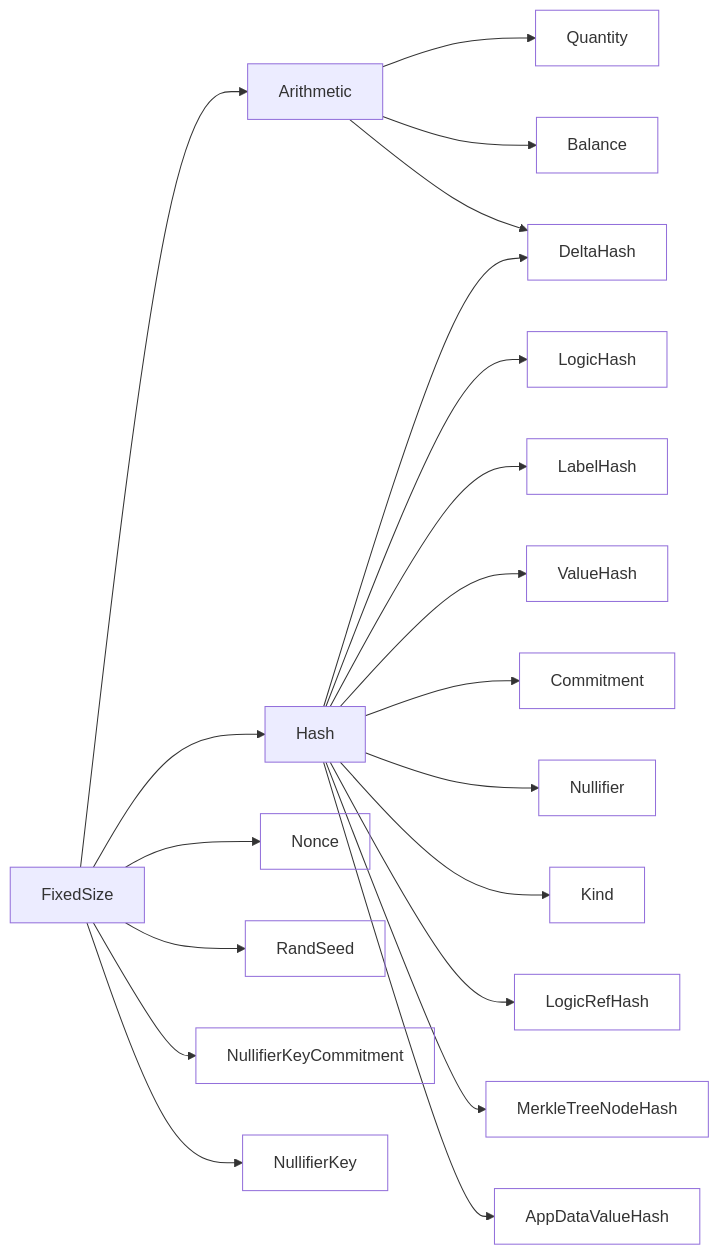
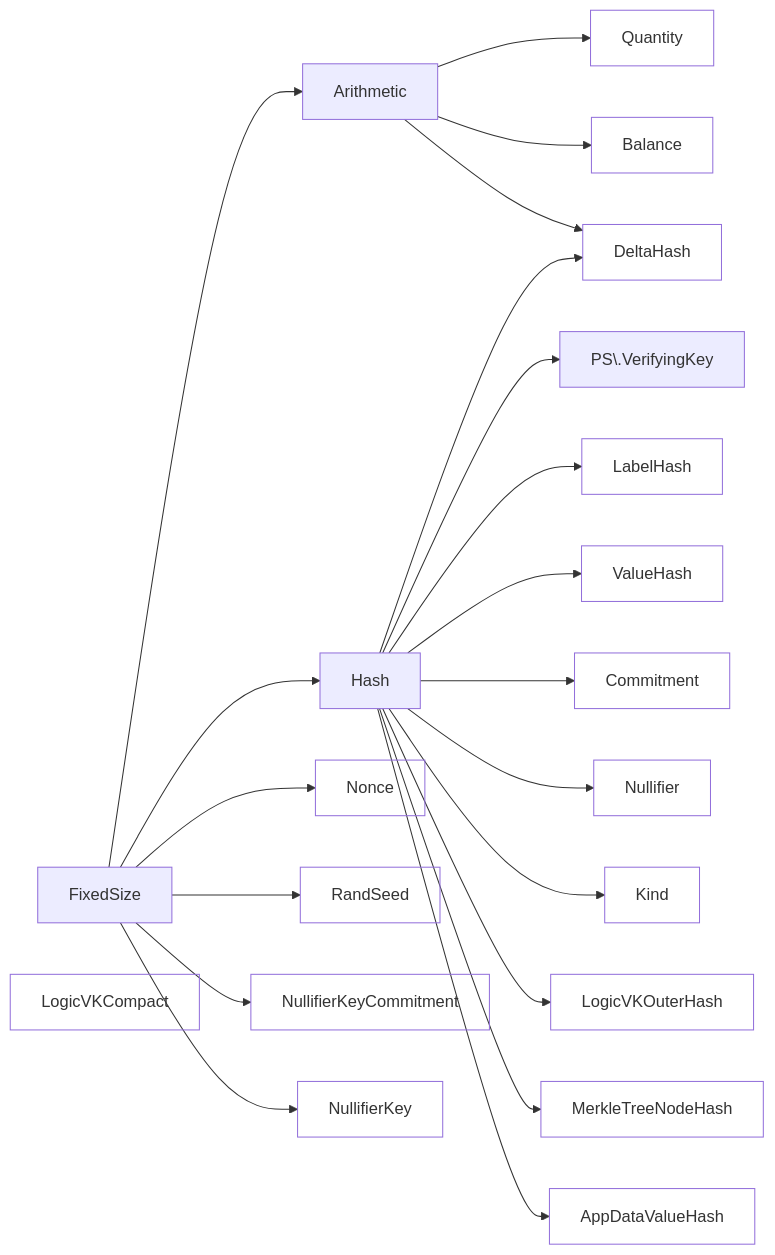
Before and after one commit to anoma/nspec: the second of 2 diagrams in docs/arch/system/state/resource_machine/primitive_interfaces/index.juvix.md, drawn with Mermaid. The commit also changed other lines of this file and 14 other files, not shown here.

````diff
--- a/docs/arch/system/state/resource_machine/primitive_interfaces/index.juvix.md
+++ b/docs/arch/system/state/resource_machine/primitive_interfaces/index.juvix.md
@@ -53,53 +52,53 @@
 ```mermaid
 flowchart LR
 
     FixedSize --> Arithmetic
     FixedSize --> Hash
 
 
     FixedSize --> Nonce
     FixedSize --> RandSeed
     FixedSize --> NullifierKeyCommitment
     FixedSize --> NullifierKey
 
     style Nonce fill:transparent
     style RandSeed fill:transparent
     style NullifierKey fill:transparent
     style NullifierKeyCommitment fill:transparent
 
 
     Arithmetic --> Quantity
     Arithmetic --> Balance
 
     Arithmetic --> DeltaHash
 
     style Quantity fill:transparent
     style Balance fill:transparent
     style DeltaHash fill:transparent
 
 
-    Hash --> LogicHash
+    Hash --> PS\.VerifyingKey
     Hash --> LabelHash
     Hash --> ValueHash
     Hash --> DeltaHash
 
     Hash --> Commitment
     Hash --> Nullifier
     Hash --> Kind
-    Hash --> LogicRefHash
+    Hash --> LogicVKOuterHash
     Hash --> MerkleTreeNodeHash
 
-    style LogicHash fill:transparent
+    style LogicVKCompact fill:transparent
     style LabelHash fill:transparent
     style ValueHash fill:transparent
     style DeltaHash fill:transparent
     style Commitment fill:transparent
     style Nullifier fill:transparent
     style Kind fill:transparent
-    style LogicRefHash fill:transparent
+    style LogicVKOuterHash fill:transparent
     style MerkleTreeNodeHash fill:transparent
 
 
     Hash --> AppDataValueHash
     style AppDataValueHash fill:transparent
 ```
````
